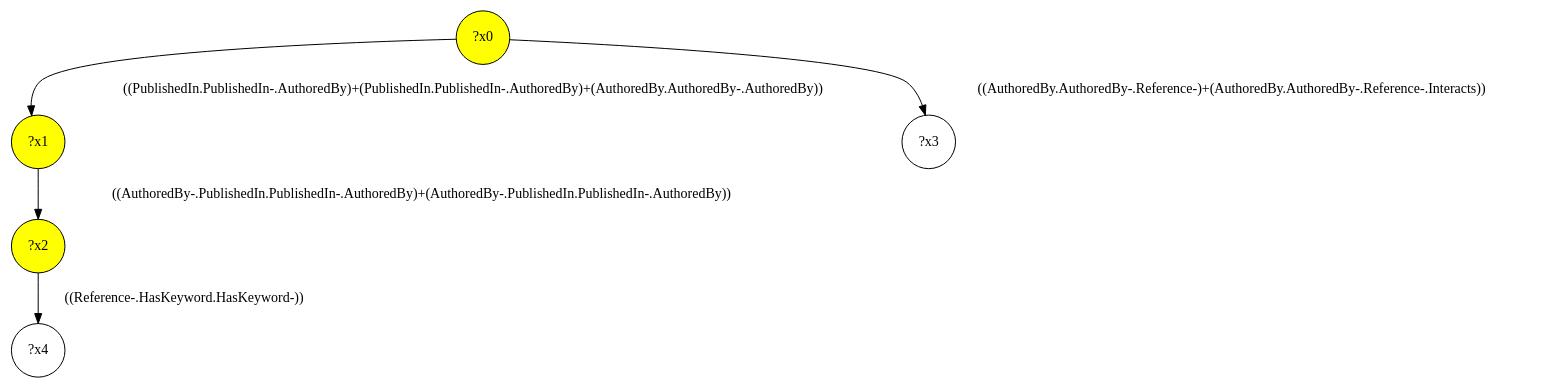
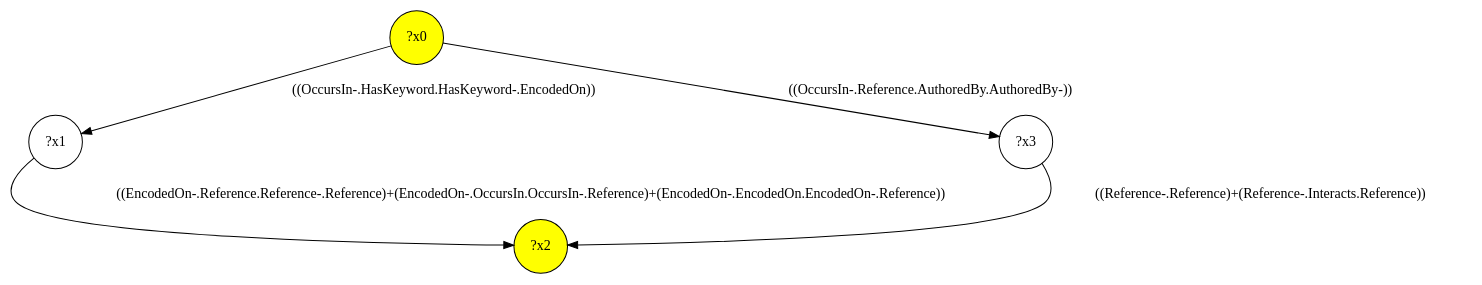
The diagram in demo/uniprot-a/uniprot-a-interface/query-14.dot (gbagan/gmark), drawn with Graphviz before and after one commit. The commit also changed 2835 other files, not shown here.

```diff
--- a/demo/uniprot-a/uniprot-a-interface/query-14.dot
+++ b/demo/uniprot-a/uniprot-a-interface/query-14.dot
@@ -1,11 +1,10 @@
 digraph g {
 	x0 [fillcolor="yellow", style="filled," shape=circle, label="?x0"];
-	x1 [fillcolor="yellow", style="filled," shape=circle, label="?x1"];
 	x2 [fillcolor="yellow", style="filled," shape=circle, label="?x2"];
-	x0 -> x1 [label="((PublishedIn.PublishedIn-.AuthoredBy)+(PublishedIn.PublishedIn-.AuthoredBy)+(AuthoredBy.AuthoredBy-.AuthoredBy))"];
-	x1 -> x2 [label="((AuthoredBy-.PublishedIn.PublishedIn-.AuthoredBy)+(AuthoredBy-.PublishedIn.PublishedIn-.AuthoredBy))"];
+	x1 [shape=circle, label="?x1"];
+	x0 -> x1 [label="((OccursIn-.HasKeyword.HasKeyword-.EncodedOn))"];
+	x1 -> x2 [label="((EncodedOn-.Reference.Reference-.Reference)+(EncodedOn-.OccursIn.OccursIn-.Reference)+(EncodedOn-.EncodedOn.EncodedOn-.Reference))"];
 	x3 [shape=circle, label="?x3"];
-	x0 -> x3 [label="((AuthoredBy.AuthoredBy-.Reference-)+(AuthoredBy.AuthoredBy-.Reference-.Interacts))"];
-	x4 [shape=circle, label="?x4"];
-	x2 -> x4 [label="((Reference-.HasKeyword.HasKeyword-))"];
+	x0 -> x3 [label="((OccursIn-.Reference.AuthoredBy.AuthoredBy-))"];
+	x3 -> x2 [label="((Reference-.Reference)+(Reference-.Interacts.Reference))"];
 }
```
